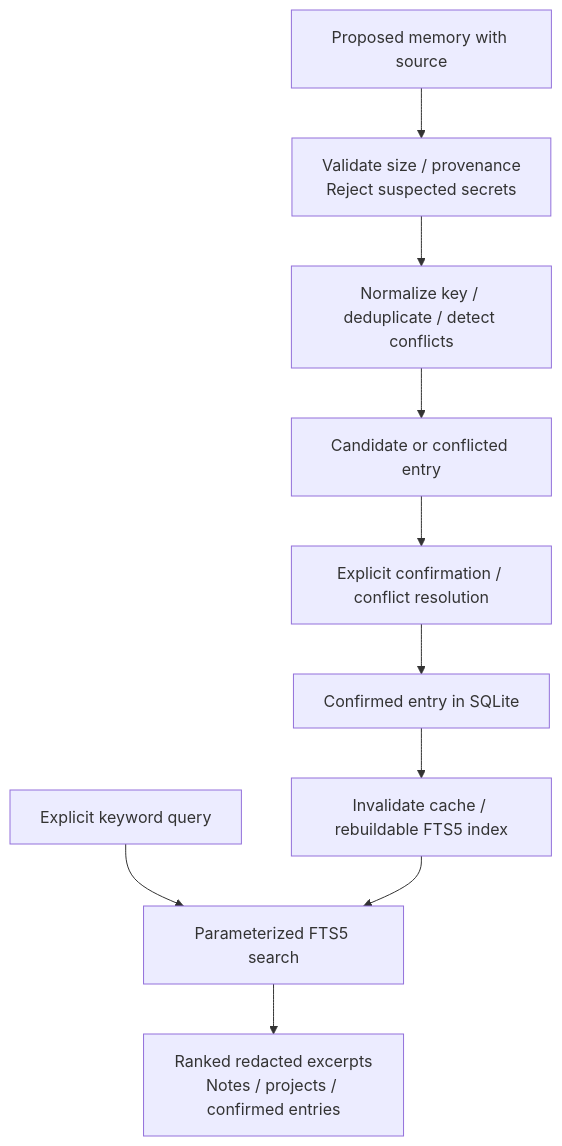
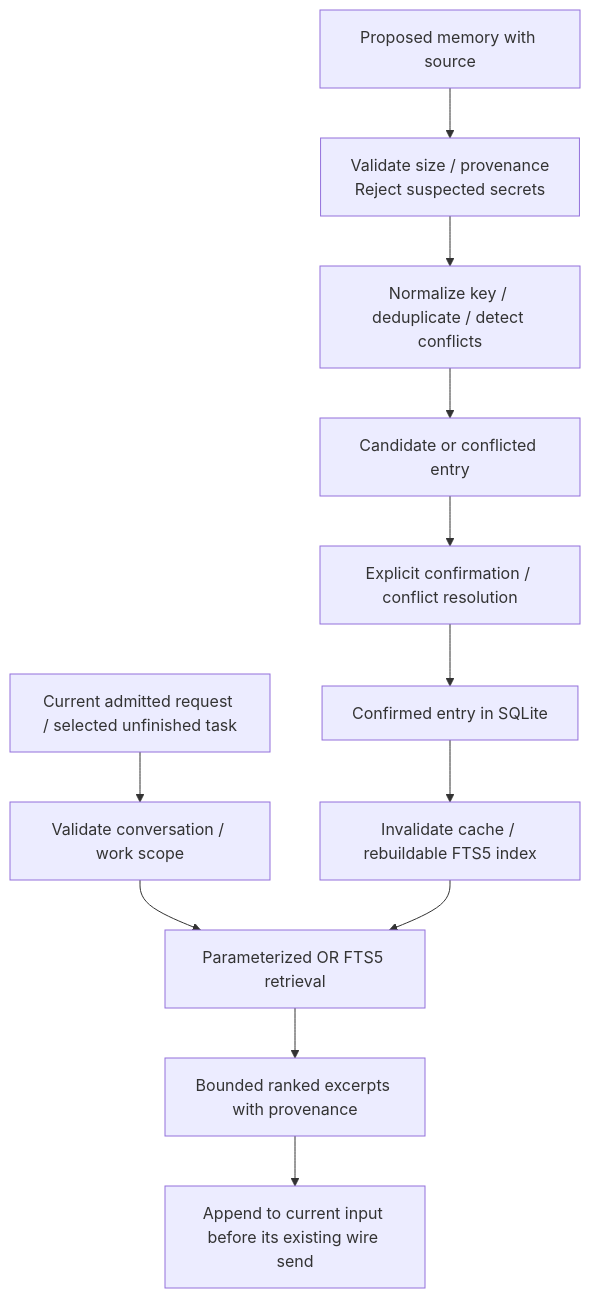
One commit to Stephen-Sim/dant changed the fifth of 5 diagrams in docs/architecture.md. Above: the diagram before and after it, drawn with Mermaid. The commit also changed other lines of this file and 36 other files, not shown here.

````diff
--- a/docs/architecture.md
+++ b/docs/architecture.md
@@ -176,12 +191,14 @@
 ```mermaid
 flowchart TB
   Fact[Proposed memory with source] --> Validate[Validate size / provenance<br/>Reject suspected secrets]
   Validate --> Dedupe[Normalize key / deduplicate / detect conflicts]
   Dedupe --> Pending[Candidate or conflicted entry]
   Pending --> Confirm[Explicit confirmation / conflict resolution]
   Confirm --> SQL[Confirmed entry in SQLite]
   SQL --> Revision[Invalidate cache / rebuildable FTS5 index]
-  Query[Explicit keyword query] --> FTS[Parameterized FTS5 search]
+  Query[Current admitted request / selected unfinished task] --> Scope[Validate conversation / work scope]
+  Scope --> FTS[Parameterized OR FTS5 retrieval]
   Revision --> FTS
-  FTS --> Results[Ranked redacted excerpts<br/>Notes / projects / confirmed entries]
+  FTS --> Results[Bounded ranked excerpts with provenance]
+  Results --> Input[Append to current input before its existing wire send]
 ```
````
